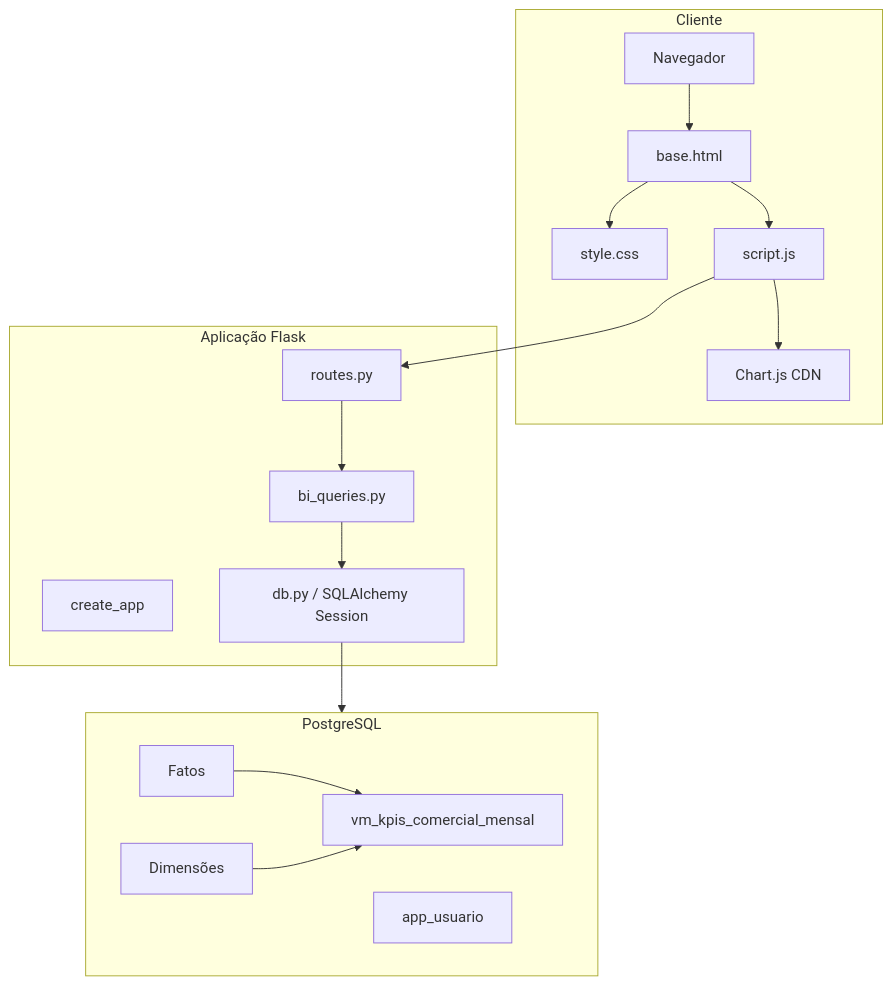
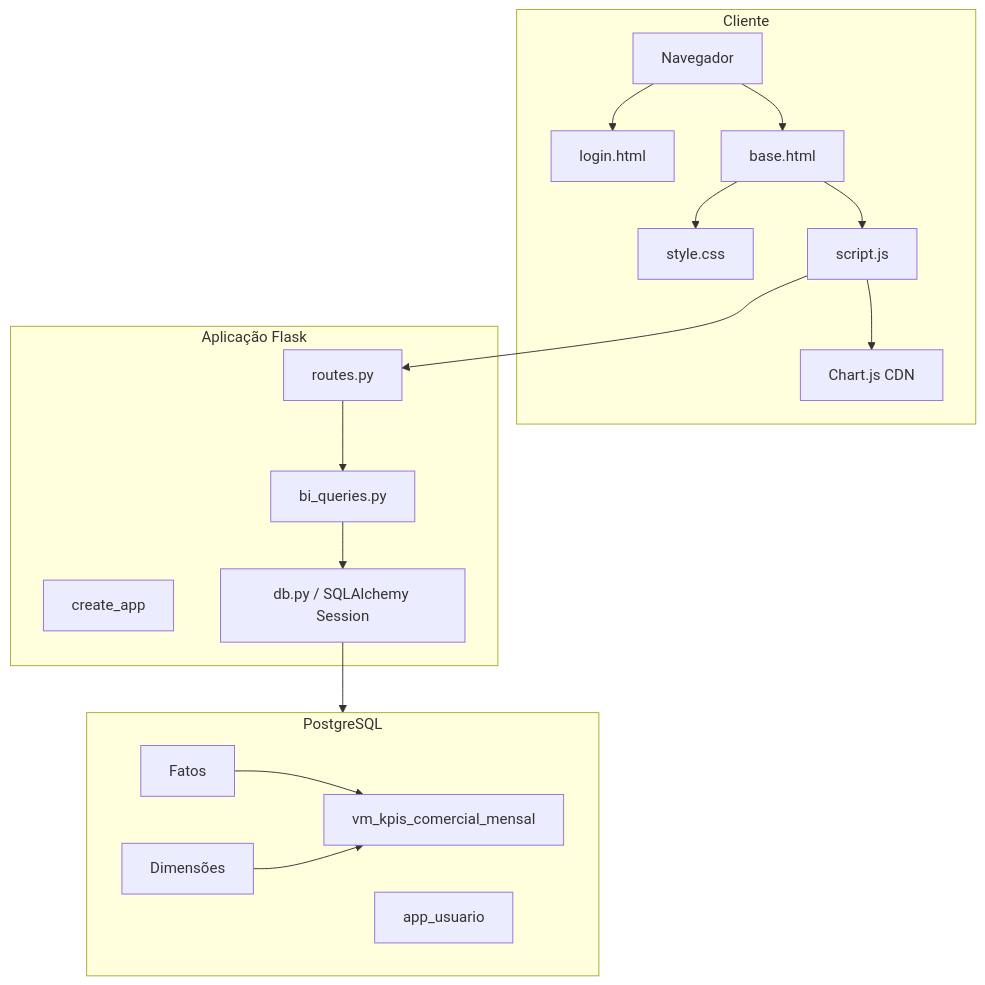
Before and after one commit to Thiago64ga/projeto-comercial-DB: the first of 4 diagrams in docs/arquitetura.md, drawn with Mermaid. The commit also changed other lines of this file and 26 other files, not shown here.

````diff
--- a/docs/arquitetura.md
+++ b/docs/arquitetura.md
@@ -25,35 +25,37 @@
 ```mermaid
 flowchart TB
     subgraph Client["Cliente"]
         Browser["Navegador"]
+        Login["login.html"]
         HTML["base.html"]
         CSS["style.css"]
         JS["script.js"]
         Chart["Chart.js CDN"]
     end
 
     subgraph Flask["Aplicação Flask"]
         App["create_app"]
         Routes["routes.py"]
         Services["bi_queries.py"]
         DBSession["db.py / SQLAlchemy Session"]
     end
 
     subgraph Database["PostgreSQL"]
         Dims["Dimensões"]
         Facts["Fatos"]
         Users["app_usuario"]
         View["vm_kpis_comercial_mensal"]
     end
 
+    Browser --> Login
     Browser --> HTML
     HTML --> CSS
     HTML --> JS
     JS --> Chart
     JS --> Routes
     Routes --> Services
     Services --> DBSession
     DBSession --> Database
     Facts --> View
     Dims --> View
 ```
````
